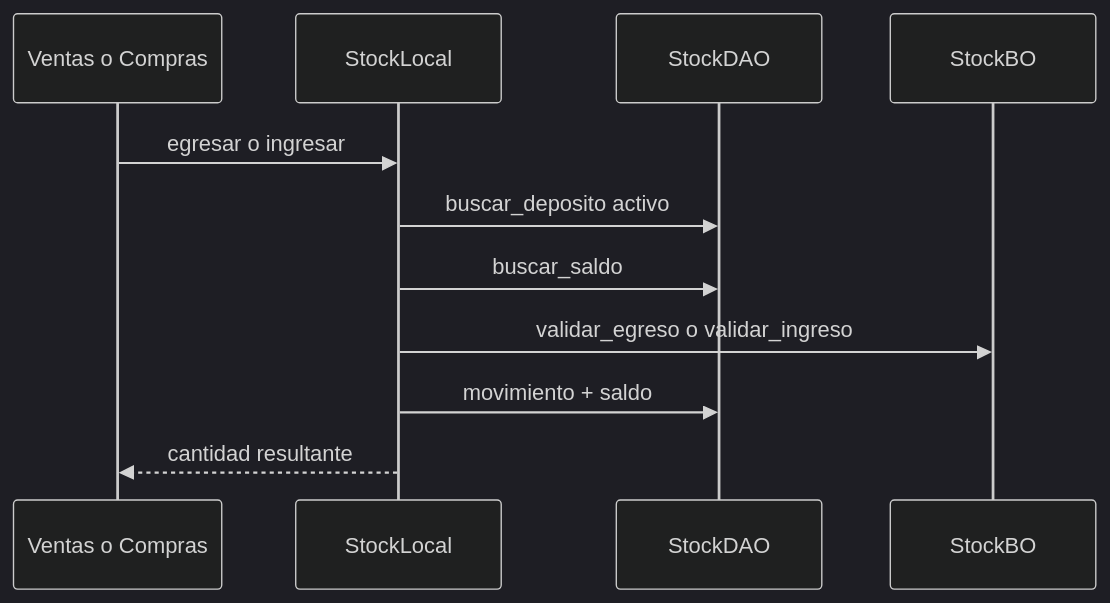
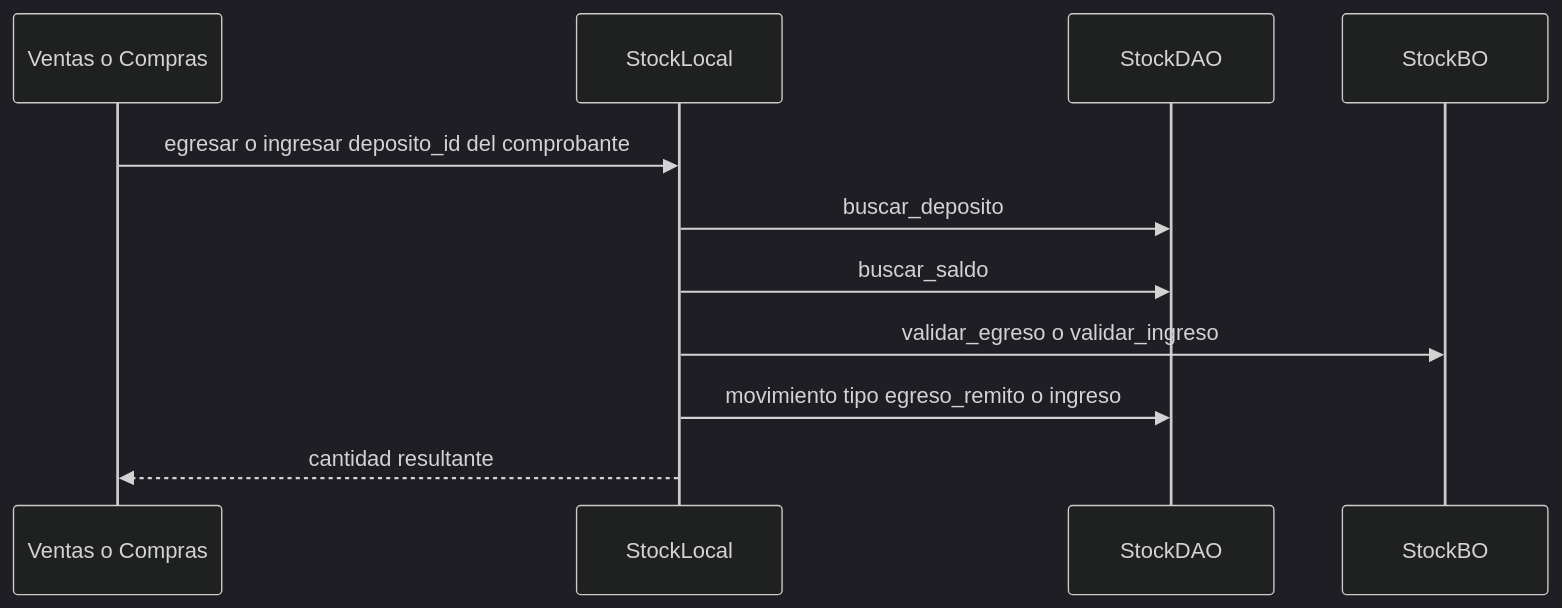
The third of 3 diagrams in docs/diagramas/stock.md (estsan3/ventas360-api), drawn with Mermaid (dark theme) before and after one commit. The commit also changed other lines of this file and 21 other files, not shown here.

First line of the commit message:
docs: diagramas de secuencia por módulo (sync 2026-09-24)

````diff
--- a/docs/diagramas/stock.md
+++ b/docs/diagramas/stock.md
@@ -56,14 +58,14 @@
 ```mermaid
 sequenceDiagram
     participant Orquestador as Ventas o Compras
     participant Stock as StockLocal
     participant DAO as StockDAO
     participant BO as StockBO
 
-    Orquestador->>Stock: egresar o ingresar
-    Stock->>DAO: buscar_deposito activo
+    Orquestador->>Stock: egresar o ingresar deposito_id del comprobante
+    Stock->>DAO: buscar_deposito
     Stock->>DAO: buscar_saldo
     Stock->>BO: validar_egreso o validar_ingreso
-    Stock->>DAO: movimiento + saldo
+    Stock->>DAO: movimiento tipo egreso_remito o ingreso
     Stock-->>Orquestador: cantidad resultante
 ```
````
